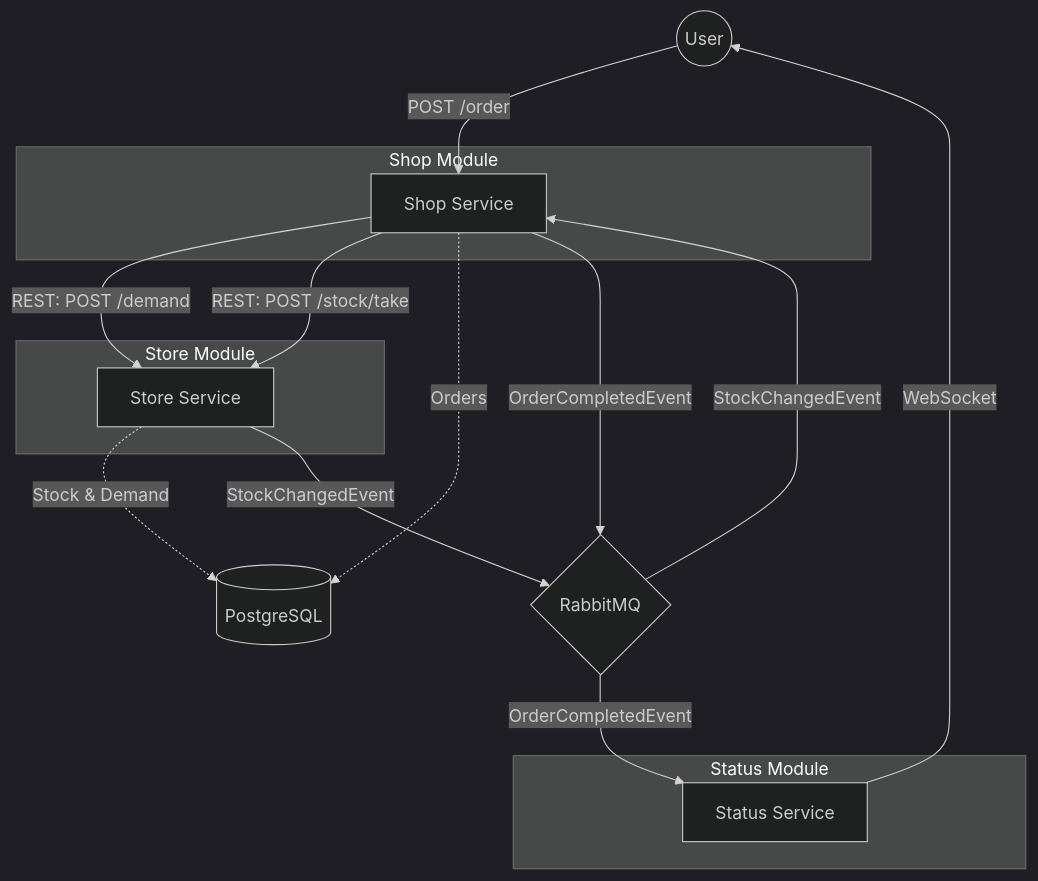
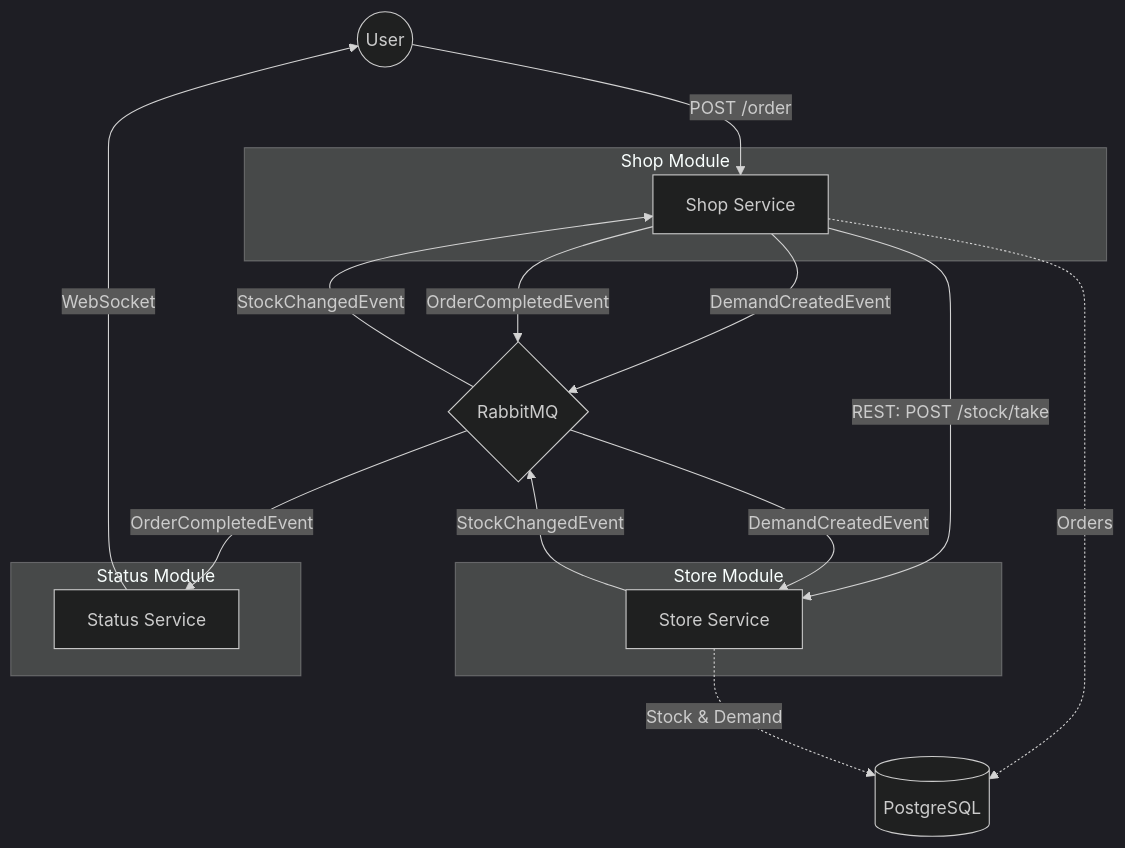
Before and after one commit to hsiliev/online-store: the diagram in README.md, drawn with Mermaid (dark theme). The commit also changed 7 other files, not shown here.

````diff
--- a/README.md
+++ b/README.md
@@ -9,34 +9,35 @@
 ```mermaid
 graph TD
     User((User))
     
     subgraph "Shop Module"
         Shop[Shop Service]
     end
     
     subgraph "Store Module"
         Store[Store Service]
     end
     
     subgraph "Status Module"
         Status[Status Service]
     end
     
     MQ{RabbitMQ}
     DB[(PostgreSQL)]
     
     User -->|POST /order| Shop
-    Shop -->|REST: POST /demand| Store
+    Shop -->|DemandCreatedEvent| MQ
     Shop -->|REST: POST /stock/take| Store
     Shop -.->|Orders| DB
     
     Store -.->|Stock & Demand| DB
     Store -->|StockChangedEvent| MQ
     
     MQ -->|StockChangedEvent| Shop
+    MQ -->|DemandCreatedEvent| Store
     
     Shop -->|OrderCompletedEvent| MQ
     MQ -->|OrderCompletedEvent| Status
     
     Status -->|WebSocket| User
 ```
````
